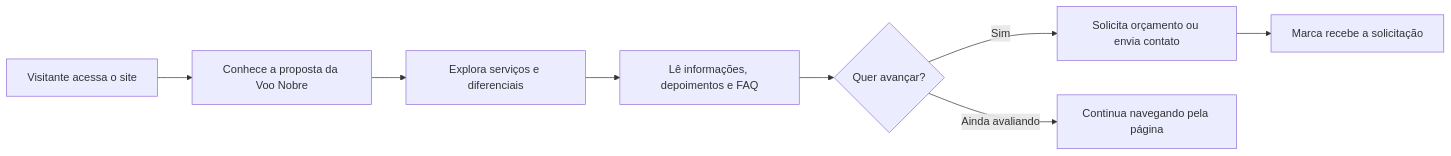
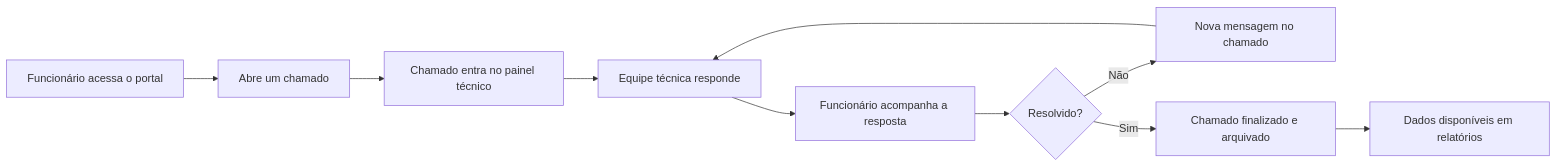
Before and after one commit to Radekradke/PTL: the first of 2 diagrams in README.md, drawn with Mermaid. The commit also changed other lines of this file, not shown here.

````diff
--- a/README.md
+++ b/README.md
@@ -62,10 +74,12 @@
 ```mermaid
 flowchart LR
-    A["Visitante acessa o site"] --> B["Conhece a proposta da Voo Nobre"]
-    B --> C["Explora serviços e diferenciais"]
-    C --> D["Lê informações, depoimentos e FAQ"]
-    D --> E{"Quer avançar?"}
-    E -- "Sim" --> F["Solicita orçamento ou envia contato"]
-    E -- "Ainda avaliando" --> G["Continua navegando pela página"]
-    F --> H["Marca recebe a solicitação"]
+    A["Funcionário acessa o portal"] --> B["Abre um chamado"]
+    B --> C["Chamado entra no painel técnico"]
+    C --> D["Equipe técnica responde"]
+    D --> E["Funcionário acompanha a resposta"]
+    E --> F{"Resolvido?"}
+    F -- "Não" --> G["Nova mensagem no chamado"]
+    G --> D
+    F -- "Sim" --> H["Chamado finalizado e arquivado"]
+    H --> I["Dados disponíveis em relatórios"]
 ```
````
